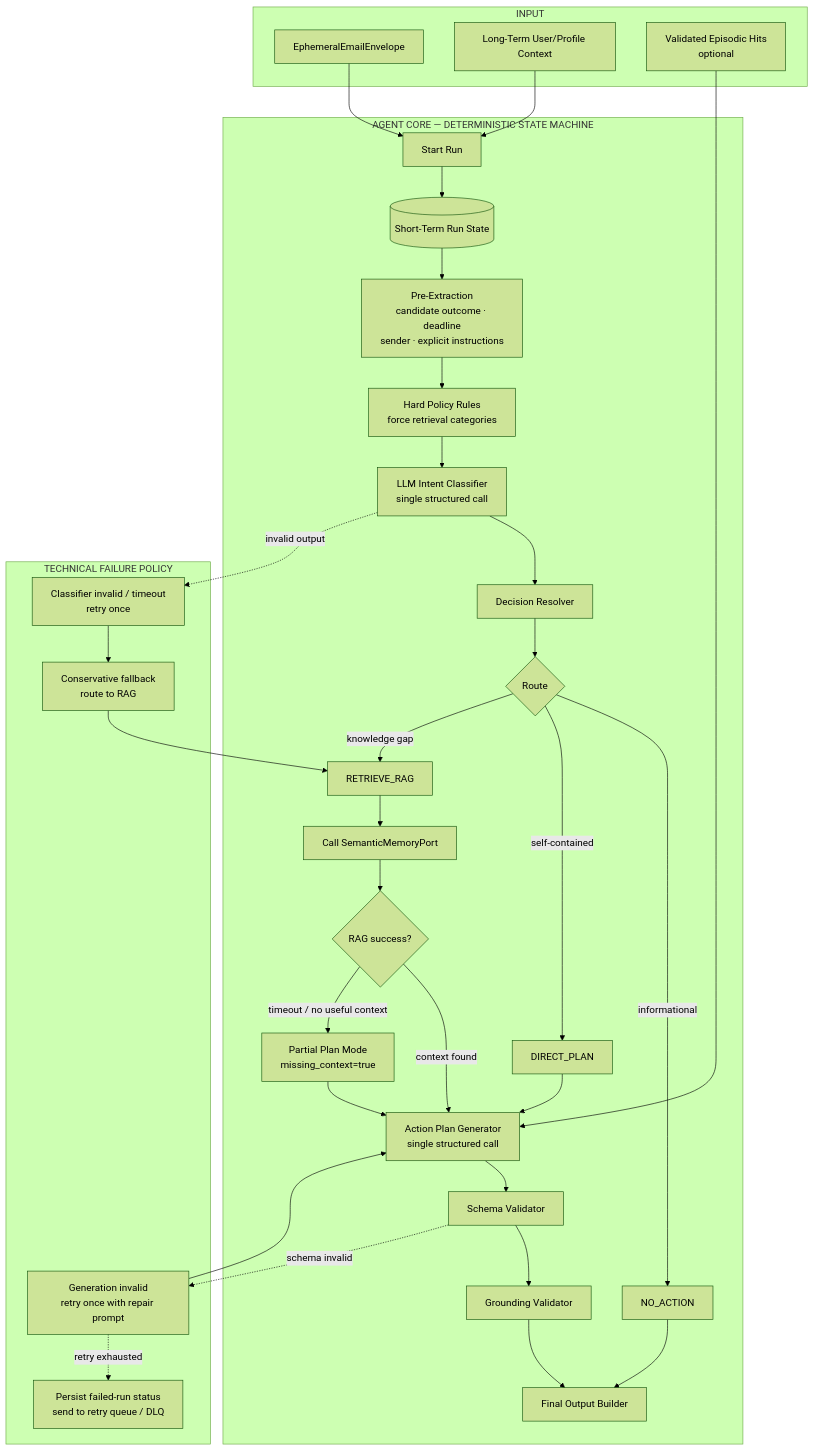
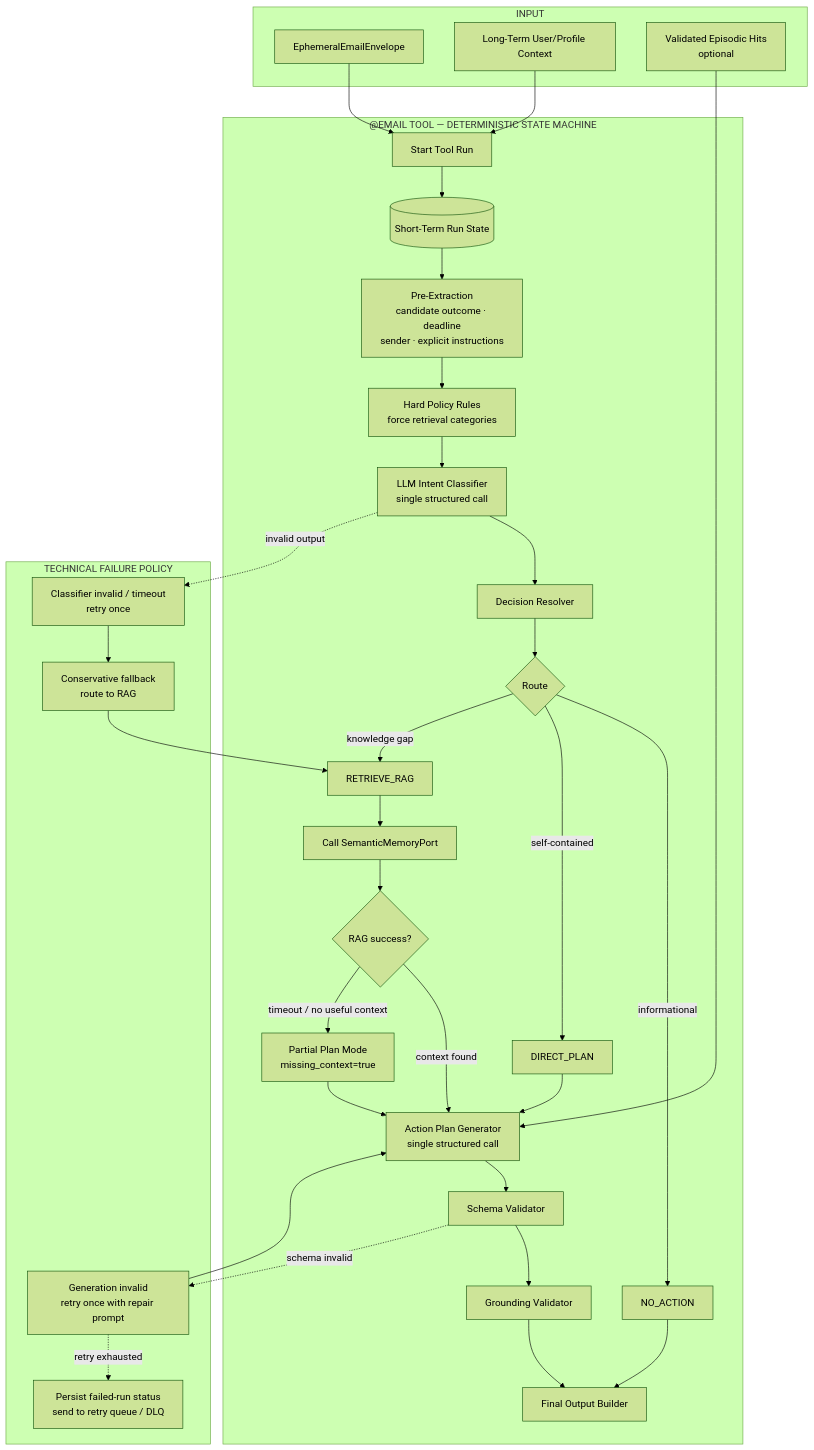
One commit to MathematicGuy/EMAIL-AGENT-v1 changed the fourth of 7 diagrams in docs/architectures/TARGET-ARCHITECTURE.md. Above: the diagram before and after it, drawn with Mermaid (forest theme). The commit also changed other lines of this file, not shown here.

Commit message:
docs(architecture): center target on AI Chat

````diff
--- a/docs/architectures/TARGET-ARCHITECTURE.md
+++ b/docs/architectures/TARGET-ARCHITECTURE.md
@@ -345,73 +378,73 @@
 ```mermaid
 flowchart TB
 
     subgraph INPUT["INPUT"]
         EMAIL["EphemeralEmailEnvelope"]
         PROFILE["Long-Term User/Profile Context"]
         EPISODES["Validated Episodic Hits<br/>optional"]
     end
 
-    subgraph CORE["AGENT CORE — DETERMINISTIC STATE MACHINE"]
-        START["Start Run"]
+    subgraph CORE["@EMAIL TOOL — DETERMINISTIC STATE MACHINE"]
+        START["Start Tool Run"]
         STATE[("Short-Term Run State")]
 
         EXTRACT["Pre-Extraction<br/>candidate outcome · deadline<br/>sender · explicit instructions"]
 
         RULES["Hard Policy Rules<br/>force retrieval categories"]
 
         CLASSIFY["LLM Intent Classifier<br/>single structured call"]
 
         DECISION["Decision Resolver"]
         ROUTE{"Route"}
 
         NONE["NO_ACTION"]
         DIRECT["DIRECT_PLAN"]
         RAG["RETRIEVE_RAG"]
 
         RETRIEVE["Call SemanticMemoryPort"]
         RETRYRAG{"RAG success?"}
         PARTIAL["Partial Plan Mode<br/>missing_context=true"]
 
         GEN["Action Plan Generator<br/>single structured call"]
         VALIDATE["Schema Validator"]
         GROUND["Grounding Validator"]
         FINAL["Final Output Builder"]
     end
 
     subgraph FAILURE["TECHNICAL FAILURE POLICY"]
         CLASSFAIL["Classifier invalid / timeout<br/>retry once"]
         FAILOPEN["Conservative fallback<br/>route to RAG"]
         GENFAIL["Generation invalid<br/>retry once with repair prompt"]
         HARDFAIL["Persist failed-run status<br/>send to retry queue / DLQ"]
     end
 
     EMAIL --> START
     PROFILE --> START
     START --> STATE
     STATE --> EXTRACT
     EXTRACT --> RULES
     RULES --> CLASSIFY
     CLASSIFY --> DECISION
     DECISION --> ROUTE
 
     ROUTE -->|informational| NONE --> FINAL
     ROUTE -->|self-contained| DIRECT --> GEN
     ROUTE -->|knowledge gap| RAG --> RETRIEVE
 
     EPISODES --> GEN
 
     RETRIEVE --> RETRYRAG
     RETRYRAG -->|context found| GEN
     RETRYRAG -->|timeout / no useful context| PARTIAL --> GEN
 
     GEN --> VALIDATE
     VALIDATE --> GROUND
     GROUND --> FINAL
 
     CLASSIFY -. invalid output .-> CLASSFAIL
     CLASSFAIL --> FAILOPEN --> RAG
 
     VALIDATE -. schema invalid .-> GENFAIL
     GENFAIL --> GEN
     GENFAIL -. retry exhausted .-> HARDFAIL
 ```
````
